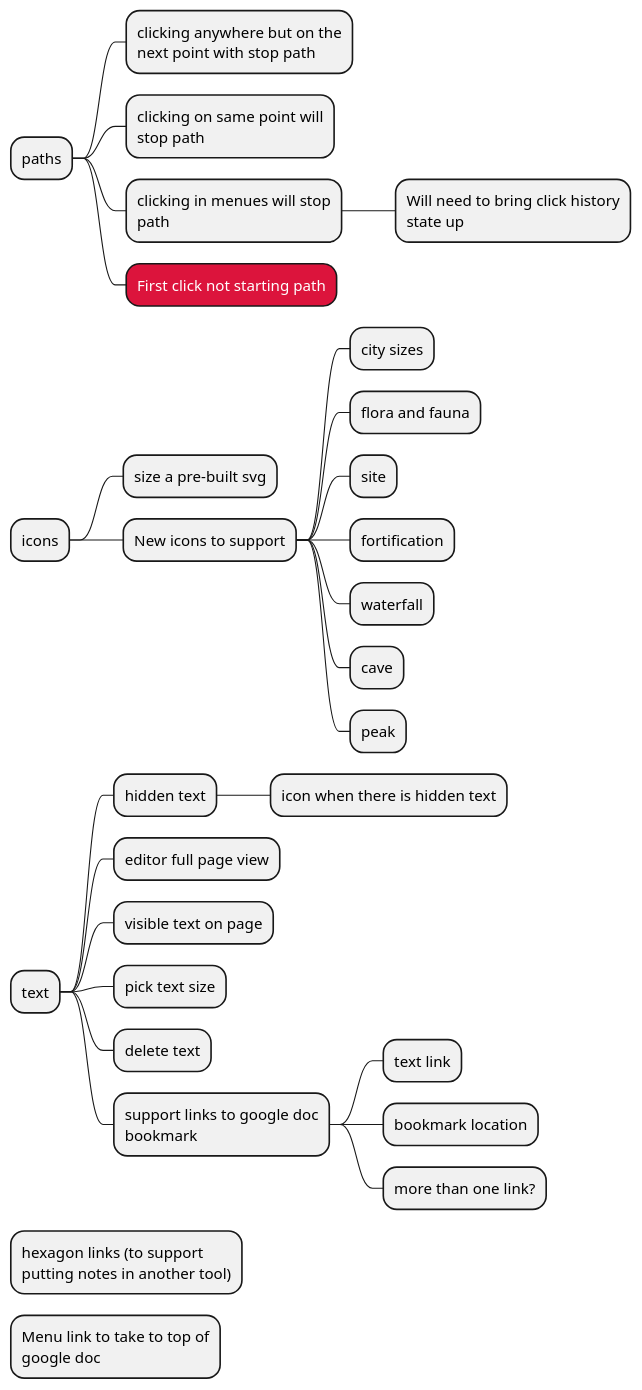
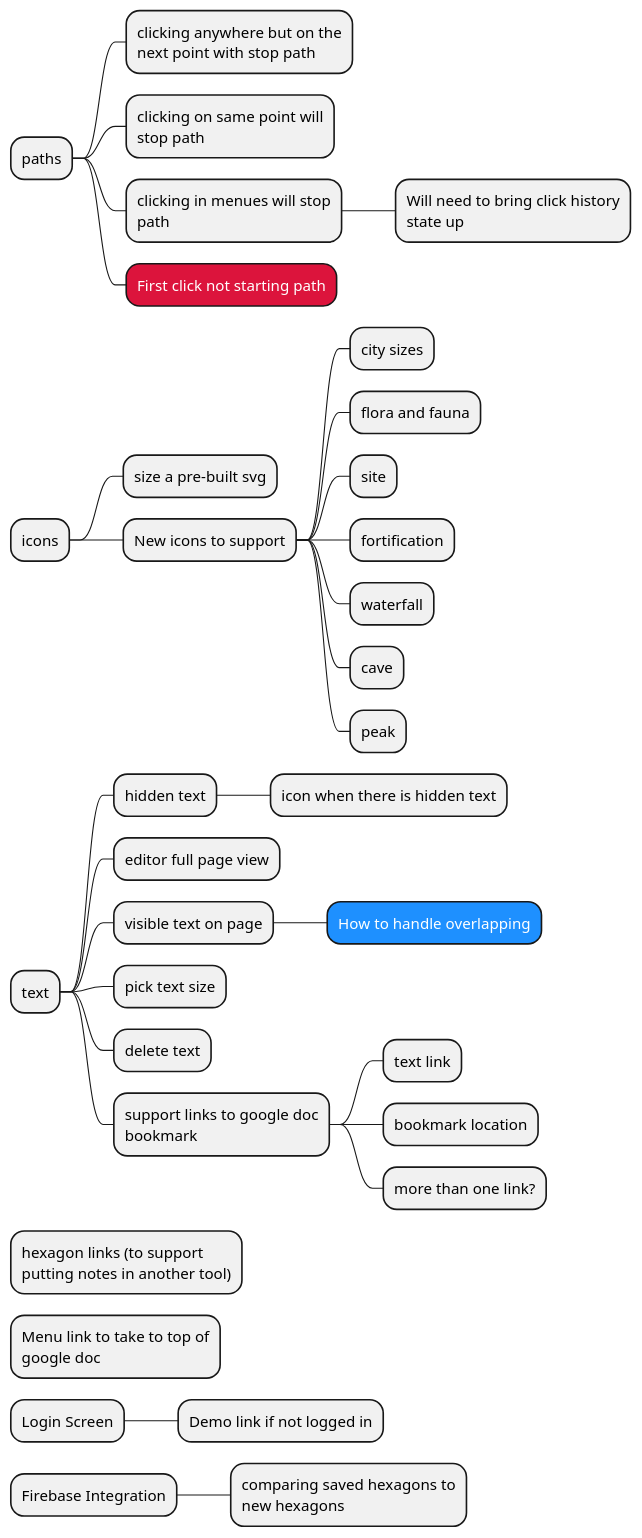
One commit to rpg-gen/rpg-gen.github.io changed the diagram in todo.puml. Above: the diagram before and after it, drawn with PlantUML.

```diff
--- a/todo.puml
+++ b/todo.puml
@@ -1,51 +1,62 @@
 @startmindmap
 
 <style>
 
 MindmapDiagram {
   node {
     MaximumWidth: 200
   }
 
   .b {
     BackgroundColor: Crimson
+    FontColor: White
+  }
+
+  .q {
+    BackgroundColor: Dodgerblue
     FontColor: White
   }
 }
 
 </style>
 
 * paths
 ** clicking anywhere but on the next point with stop path
 ** clicking on same point will stop path
 ** clicking in menues will stop path
 *** Will need to bring click history state up
 ** First click not starting path <<b>>
 
 * icons
 ** size a pre-built svg
 ** New icons to support
 *** city sizes
 *** flora and fauna
 *** site
 *** fortification
 *** waterfall
+
 *** cave
 *** peak
 
 * text
 ** hidden text
 *** icon when there is hidden text
 ** editor full page view
 ** visible text on page
+*** How to handle overlapping <<q>>
 ** pick text size
 ** delete text
 ** support links to google doc bookmark
 *** text link
 *** bookmark location
 *** more than one link?
 
 * hexagon links (to support putting notes in another tool)
 * Menu link to take to top of google doc
+* Login Screen
+** Demo link if not logged in
+* Firebase Integration
+** comparing saved hexagons to new hexagons
 
 @endmindmap
```
